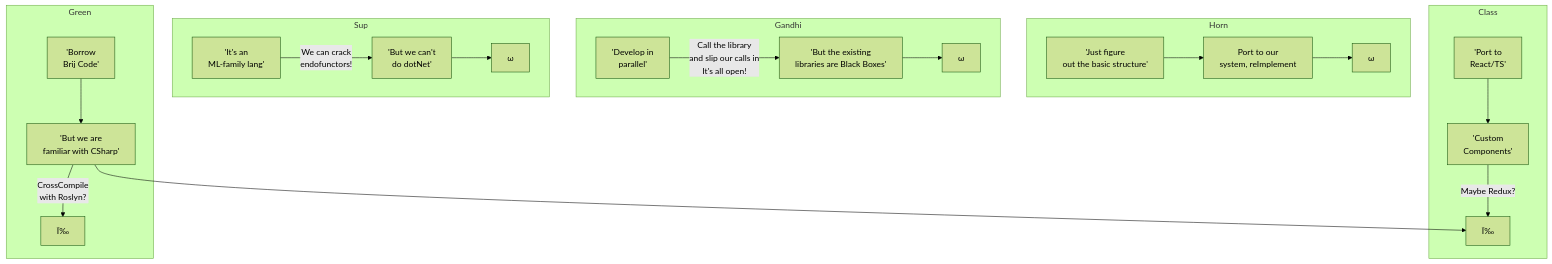
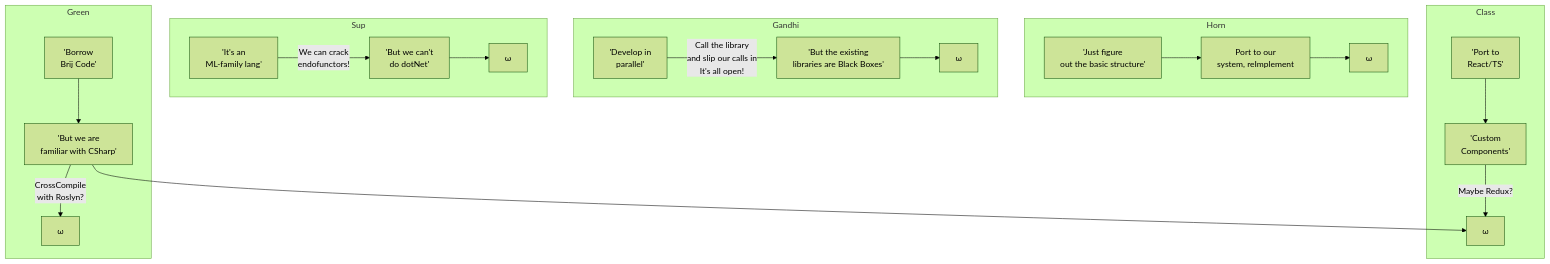
Before and after one commit to TrivediEnterprisesInc/TrivediEnterprisesInc.github.io: the first of 6 diagrams in Notes.md, drawn with Mermaid (forest theme). The commit also changed other lines of this file, not shown here.

````diff
--- a/Notes.md
+++ b/Notes.md
@@ -213,24 +215,24 @@
 ```mermaid
 graph TB
     c1-->a3
     subgraph Class
     a1['Port to<br>React/TS']-->a2
-    a2['Custom<br>Components']-->|Maybe Redux?|a3[Ï‰]
+    a2['Custom<br>Components']-->|Maybe Redux?|a3[ω]
     end
     subgraph Horn
     b1['Just figure<br>out the basic structure']-->b2[Port to our<br>system, reImplement]
     b2-->b3[ω]
     end
     subgraph Gandhi
     g1['Develop in<br>parallel']-->|Call the library<br>and slip our calls in<br>It's all open!|g2['But the existing<br>libraries are Black Boxes']
     g2-->g3[ω]
     end
     subgraph Sup
     sup1['It's an <br>ML-family lang']-->|We can crack<br>endofunctors!|sup2['But we can't<br>do dotNet']
     sup2 --> sup3[ω]
     end
     subgraph Green
     c0['Borrow<br>Brij Code']-->c1
-    c1['But we are<br>familiar with CSharp']-->|CrossCompile<br>with Roslyn?|c2[Ï‰]
+    c1['But we are<br>familiar with CSharp']-->|CrossCompile<br>with Roslyn?|c2[ω]
     end
 ```
````
